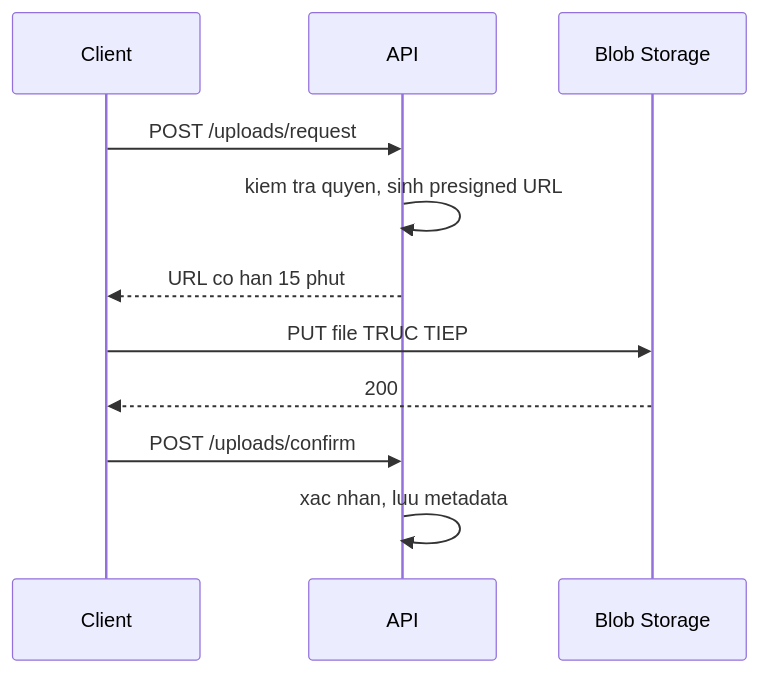
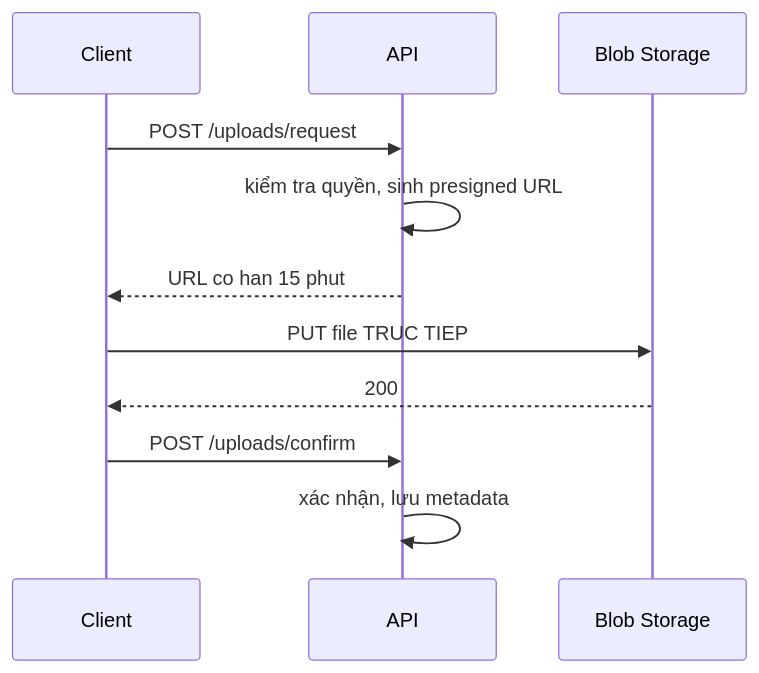
One commit to TienNHM/tiennhm.github.io changed the diagram in docs/09-dotnet-backend-zero-to-senior/stage-03-aspnet-core-backend/module-09-web-api-professional/9.5-file-upload-and-download.mdx. Above: the diagram before and after it, drawn with Mermaid. The commit also changed other lines of this file and 11 other files, not shown here.

````diff
--- a/docs/09-dotnet-backend-zero-to-senior/stage-03-aspnet-core-backend/module-09-web-api-professional/9.5-file-upload-and-download.mdx
+++ b/docs/09-dotnet-backend-zero-to-senior/stage-03-aspnet-core-backend/module-09-web-api-professional/9.5-file-upload-and-download.mdx
@@ -215,13 +215,13 @@
 ```mermaid
 sequenceDiagram
     participant C as Client
     participant A as API
     participant S as Blob Storage
     C->>A: POST /uploads/request
-    A->>A: kiem tra quyen, sinh presigned URL
+    A->>A: kiểm tra quyền, sinh presigned URL
     A-->>C: URL co han 15 phut
     C->>S: PUT file TRUC TIEP
     S-->>C: 200
     C->>A: POST /uploads/confirm
-    A->>A: xac nhan, luu metadata
+    A->>A: xác nhận, lưu metadata
 ```
````
